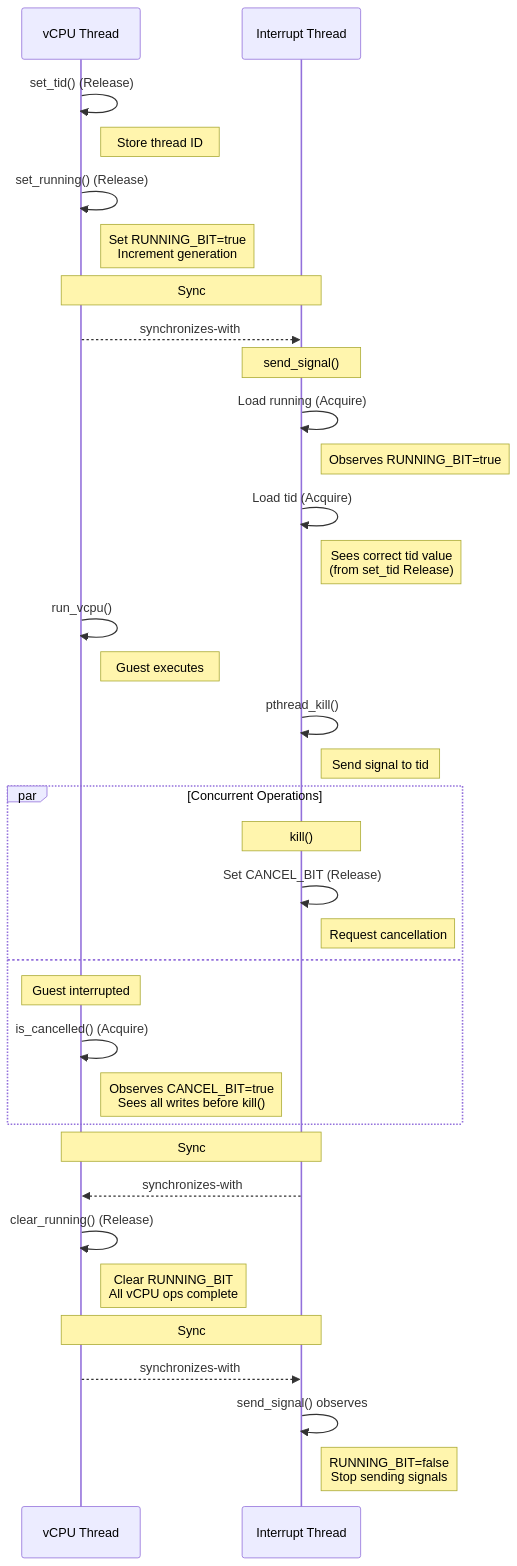
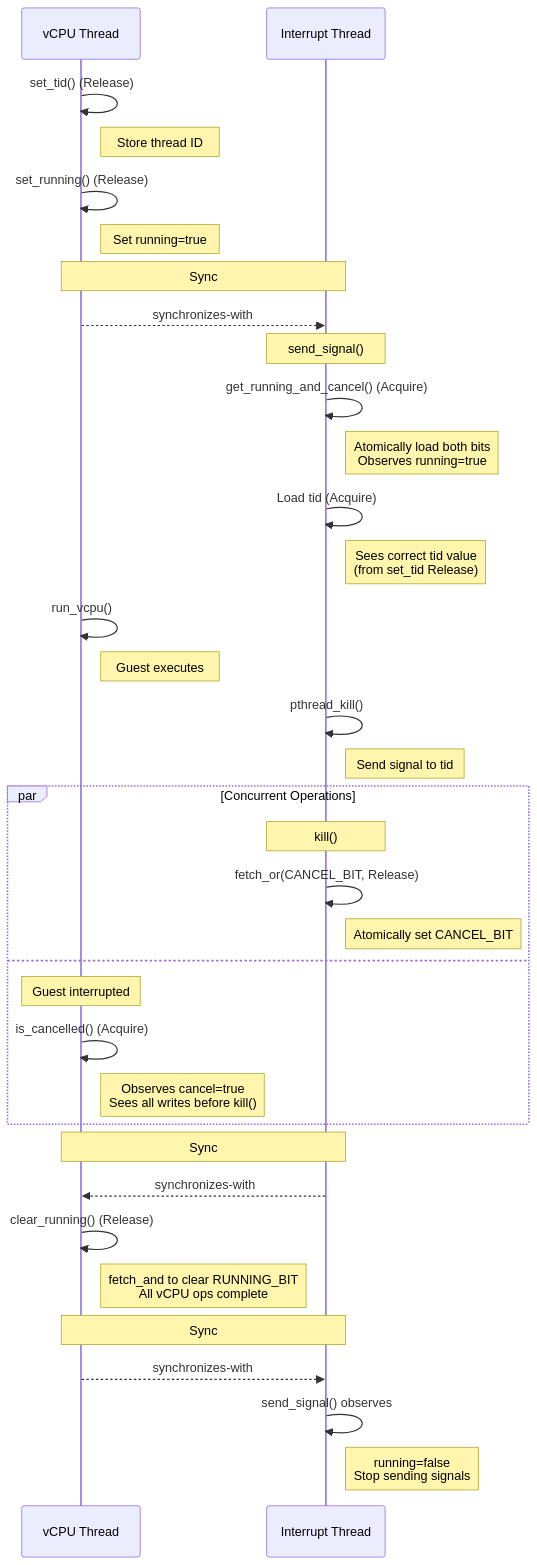
The fourth of 4 diagrams in docs/cancellation.md (hyperlight-dev/hyperlight), drawn with Mermaid before and after one commit. The commit also changed other lines of this file and 3 other files, not shown here.

````diff
--- a/docs/cancellation.md
+++ b/docs/cancellation.md
@@ -265,48 +262,48 @@
 ```mermaid
 sequenceDiagram
     participant VT as vCPU Thread
     participant IT as Interrupt Thread
     
     VT->>VT: set_tid() (Release)
     Note right of VT: Store thread ID
     
     VT->>VT: set_running() (Release)
-    Note right of VT: Set RUNNING_BIT=true<br/>Increment generation
+    Note right of VT: Set running=true
     
     Note over VT,IT: Sync #1: set_running(Release) → send_signal(Acquire)
     VT-->>IT: synchronizes-with
     Note over IT: send_signal()
-    IT->>IT: Load running (Acquire)
-    Note right of IT: Observes RUNNING_BIT=true
+    IT->>IT: get_running_and_cancel() (Acquire)
+    Note right of IT: Atomically load both bits<br/>Observes running=true
     
     IT->>IT: Load tid (Acquire)
     Note right of IT: Sees correct tid value<br/>(from set_tid Release)
     
     VT->>VT: run_vcpu()
     Note right of VT: Guest executes
     
     IT->>IT: pthread_kill()
     Note right of IT: Send signal to tid
     
     par Concurrent Operations
         Note over IT: kill()
-        IT->>IT: Set CANCEL_BIT (Release)
-        Note right of IT: Request cancellation
+        IT->>IT: fetch_or(CANCEL_BIT, Release)
+        Note right of IT: Atomically set CANCEL_BIT
     and
         Note over VT: Guest interrupted
         VT->>VT: is_cancelled() (Acquire)
-        Note right of VT: Observes CANCEL_BIT=true<br/>Sees all writes before kill()
+        Note right of VT: Observes cancel=true<br/>Sees all writes before kill()
     end
     
     Note over IT,VT: Sync #2: kill(Release) → is_cancelled(Acquire)
     IT-->>VT: synchronizes-with
     
     VT->>VT: clear_running() (Release)
-    Note right of VT: Clear RUNNING_BIT<br/>All vCPU ops complete
+    Note right of VT: fetch_and to clear RUNNING_BIT<br/>All vCPU ops complete
     
     Note over VT,IT: Sync #3: clear_running(Release) → send_signal(Acquire)
     VT-->>IT: synchronizes-with
     
     IT->>IT: send_signal() observes
-    Note right of IT: RUNNING_BIT=false<br/>Stop sending signals
+    Note right of IT: running=false<br/>Stop sending signals
 ```
````
